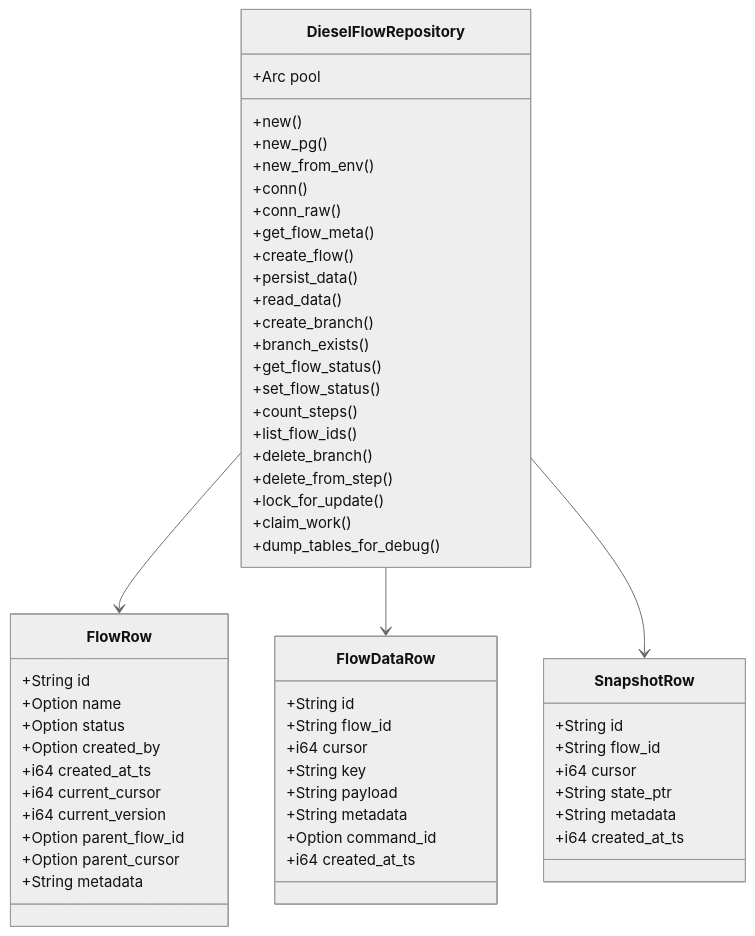
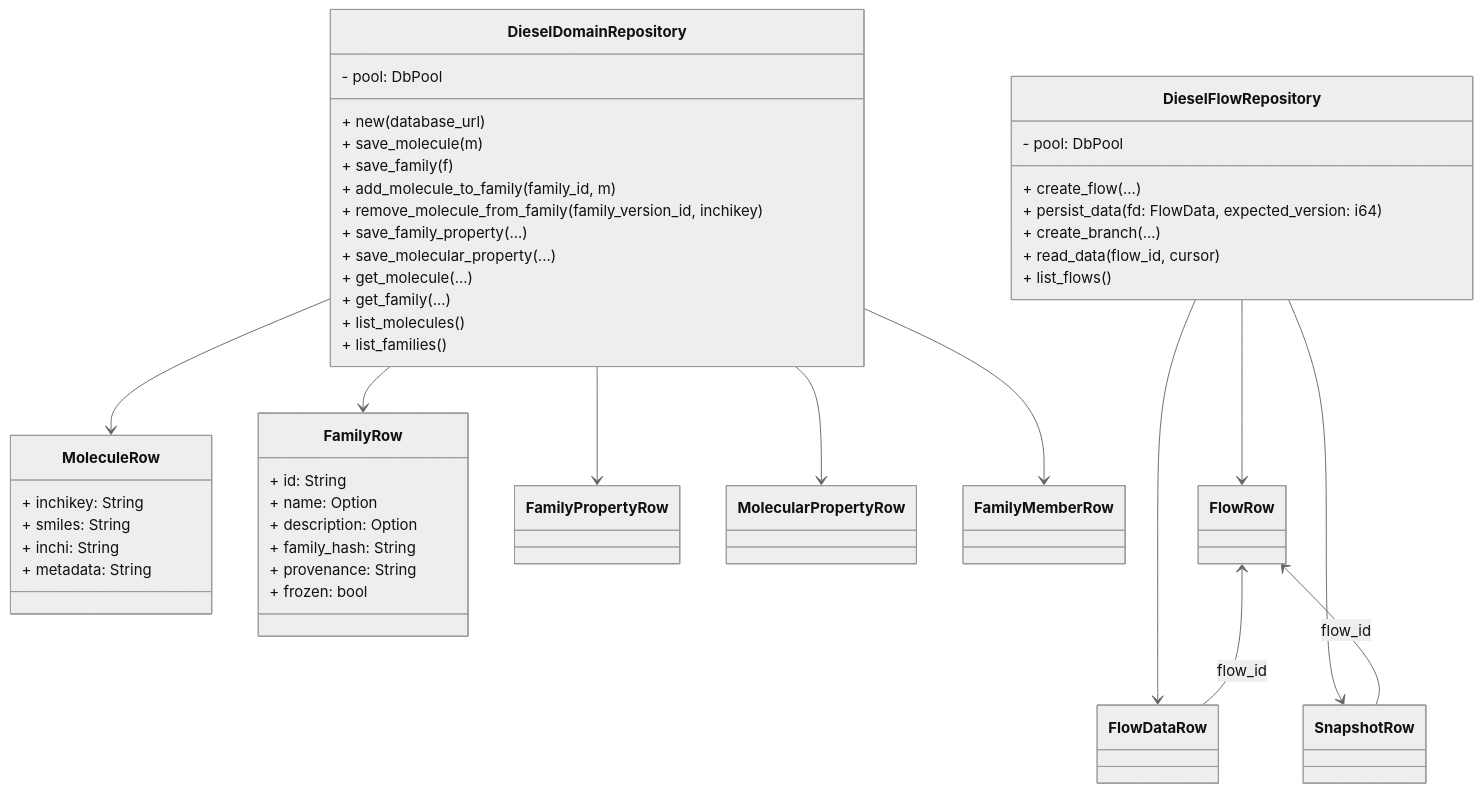
One commit to chem-gl/chem-flow changed the sixth of 8 diagrams in README.md. Above: the diagram before and after it, drawn with Mermaid (neutral theme). The commit also changed other lines of this file and 14 other files, not shown here.

````diff
--- a/README.md
+++ b/README.md
@@ -254,59 +283,55 @@
 ```mermaid
 classDiagram
+    class DieselDomainRepository {
+        - pool: DbPool
+        + new(database_url)
+        + save_molecule(m)
+        + save_family(f)
+        + add_molecule_to_family(family_id, m)
+        + remove_molecule_from_family(family_version_id, inchikey)
+        + save_family_property(...)
+        + save_molecular_property(...)
+        + get_molecule(...)
+        + get_family(...)
+        + list_molecules()
+        + list_families()
+    }
+    class MoleculeRow {
+        + inchikey: String
+        + smiles: String
+        + inchi: String
+        + metadata: String
+    }
+    class FamilyRow {
+        + id: String
+        + name: Option<String>
+        + description: Option<String>
+        + family_hash: String
+        + provenance: String
+        + frozen: bool
+    }
+    class FamilyPropertyRow
+    class MolecularPropertyRow
+    class FamilyMemberRow
+    DieselDomainRepository --> MoleculeRow
+    DieselDomainRepository --> FamilyRow
+    DieselDomainRepository --> FamilyPropertyRow
+    DieselDomainRepository --> MolecularPropertyRow
+    DieselDomainRepository --> FamilyMemberRow
     class DieselFlowRepository {
-        +Arc<DbPool> pool
-        +new()
-        +new_pg()
-        +new_from_env()
-        +conn()
-        +conn_raw()
-        +get_flow_meta()
-        +create_flow()
-        +persist_data()
-        +read_data()
-        +create_branch()
-        +branch_exists()
-        +get_flow_status()
-        +set_flow_status()
-        +count_steps()
-        +list_flow_ids()
-        +delete_branch()
-        +delete_from_step()
-        +lock_for_update()
-        +claim_work()
-        +dump_tables_for_debug()
+        - pool: DbPool
+        + create_flow(...)
+        + persist_data(fd: FlowData, expected_version: i64)
+        + create_branch(...)
+        + read_data(flow_id, cursor)
+        + list_flows()
     }
-    class FlowRow {
-        +String id
-        +Option<String> name
-        +Option<String> status
-        +Option<String> created_by
-        +i64 created_at_ts
-        +i64 current_cursor
-        +i64 current_version
-        +Option<String> parent_flow_id
-        +Option<i64> parent_cursor
-        +String metadata
-    }
-    class FlowDataRow {
-        +String id
-        +String flow_id
-        +i64 cursor
-        +String key
-        +String payload
-        +String metadata
-        +Option<String> command_id
-        +i64 created_at_ts
-    }
-    class SnapshotRow {
-        +String id
-        +String flow_id
-        +i64 cursor
-        +String state_ptr
-        +String metadata
-        +i64 created_at_ts
-    }
+    class FlowRow
+    class FlowDataRow
+    class SnapshotRow
     DieselFlowRepository --> FlowRow
     DieselFlowRepository --> FlowDataRow
     DieselFlowRepository --> SnapshotRow
+    FlowRow <-- FlowDataRow : flow_id
+    FlowRow <-- SnapshotRow : flow_id
 ```
````
